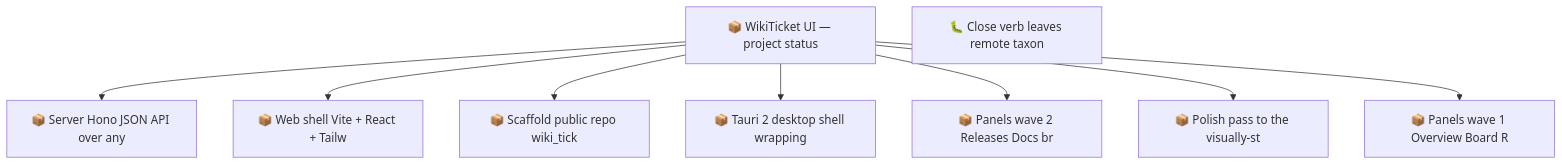
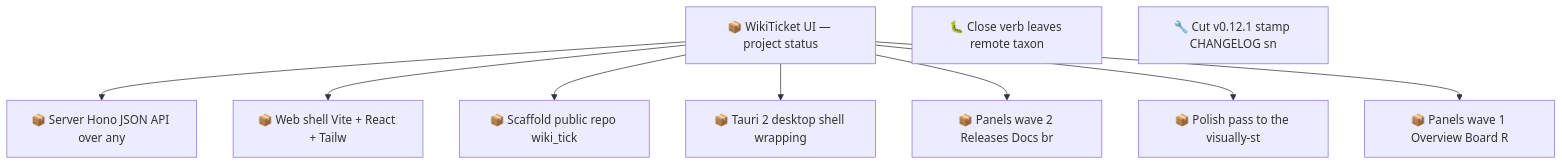
Before and after one commit to SpillwaveSolutions/wiki_ticket_sdd: the second of 2 diagrams in docs/roadmap.md, drawn with Mermaid. The commit also changed other lines of this file and 18 other files, not shown here.

````diff
--- a/docs/roadmap.md
+++ b/docs/roadmap.md
@@ -75,19 +91,20 @@
 ```mermaid
 graph TD
     01KY111BC71KJGNH55CB2DWMKN["📦 Server Hono JSON API over any"]
     01KY111BC7B70C7M2RF1E57G17["📦 Web shell Vite + React + Tailw"]
     01KY111BC7NJ4BE7JBDK2P6Y56["📦 Scaffold public repo wiki_tick"]
     01KY111BC7PABV8W6SDNVQACSN["📦 WikiTicket UI — project status"]
     01KY111BC842N3J7Y7H85NHSEG["📦 Tauri 2 desktop shell wrapping"]
     01KY111BC88FS6QD49JADZ9CJ5["📦 Panels wave 2 Releases Docs br"]
     01KY111BC8F9BH0T3TERYEFC3C["📦 Polish pass to the visually-st"]
     01KY111BC8QJAS9KH7N368N6RF["📦 Panels wave 1 Overview Board R"]
     01KY129SGV3DEX5NVAP34VV9G2["🐛 Close verb leaves remote taxon"]
+    01KY2J9WN6WN6A8TVMR1TNS6ZX["🔧 Cut v0.12.1 stamp CHANGELOG sn"]
     01KY111BC7PABV8W6SDNVQACSN --> 01KY111BC71KJGNH55CB2DWMKN
     01KY111BC7PABV8W6SDNVQACSN --> 01KY111BC7B70C7M2RF1E57G17
     01KY111BC7PABV8W6SDNVQACSN --> 01KY111BC7NJ4BE7JBDK2P6Y56
     01KY111BC7PABV8W6SDNVQACSN --> 01KY111BC842N3J7Y7H85NHSEG
     01KY111BC7PABV8W6SDNVQACSN --> 01KY111BC88FS6QD49JADZ9CJ5
     01KY111BC7PABV8W6SDNVQACSN --> 01KY111BC8F9BH0T3TERYEFC3C
     01KY111BC7PABV8W6SDNVQACSN --> 01KY111BC8QJAS9KH7N368N6RF
 ```
````
